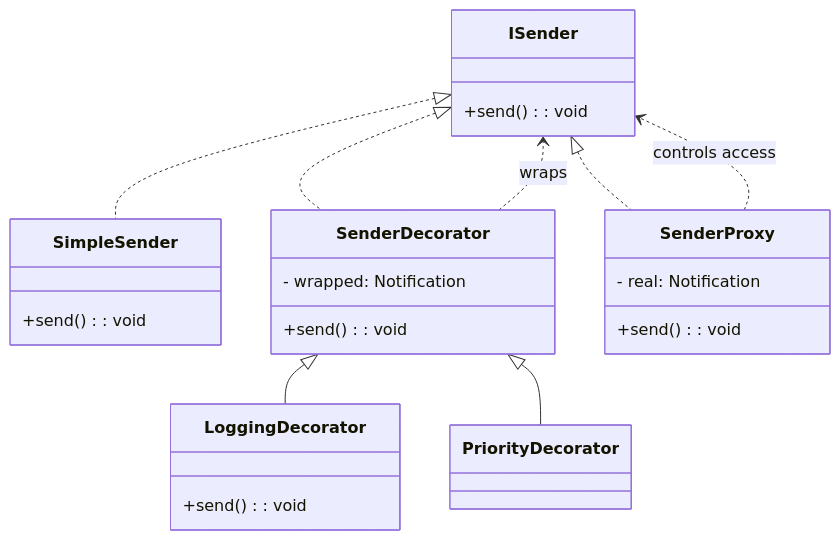
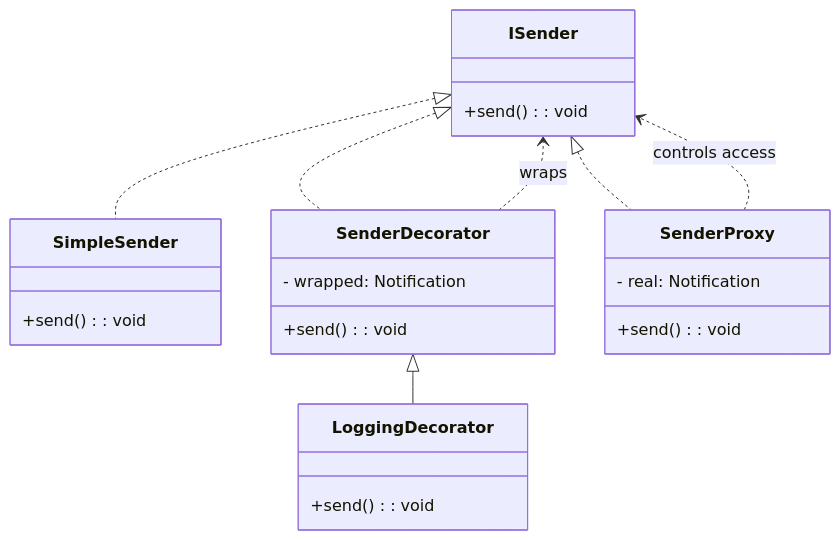
One commit to adidvar/ooap-project changed the diagram in docs/lr5/nazar/proxy+notification.md. Above: the diagram before and after it, drawn with Mermaid.

````diff
--- a/docs/lr5/nazar/proxy+notification.md
+++ b/docs/lr5/nazar/proxy+notification.md
@@ -1,28 +1,27 @@
 ```mermaid
 classDiagram
     class ISender {
         +send(): void
     }
     class SimpleSender {
         +send(): void
     }
     class SenderDecorator {
         - wrapped: Notification
         +send(): void
     }
     class LoggingDecorator {
         +send(): void
     }
     class SenderProxy {
         - real: Notification
         +send(): void
     }
 
     ISender <|.. SimpleSender
     ISender <|.. SenderDecorator
     SenderDecorator <|-- LoggingDecorator
-    SenderDecorator <|-- PriorityDecorator
     ISender <|.. SenderProxy
     SenderProxy ..> ISender : controls access
     SenderDecorator ..> ISender : wraps
 ```
````
